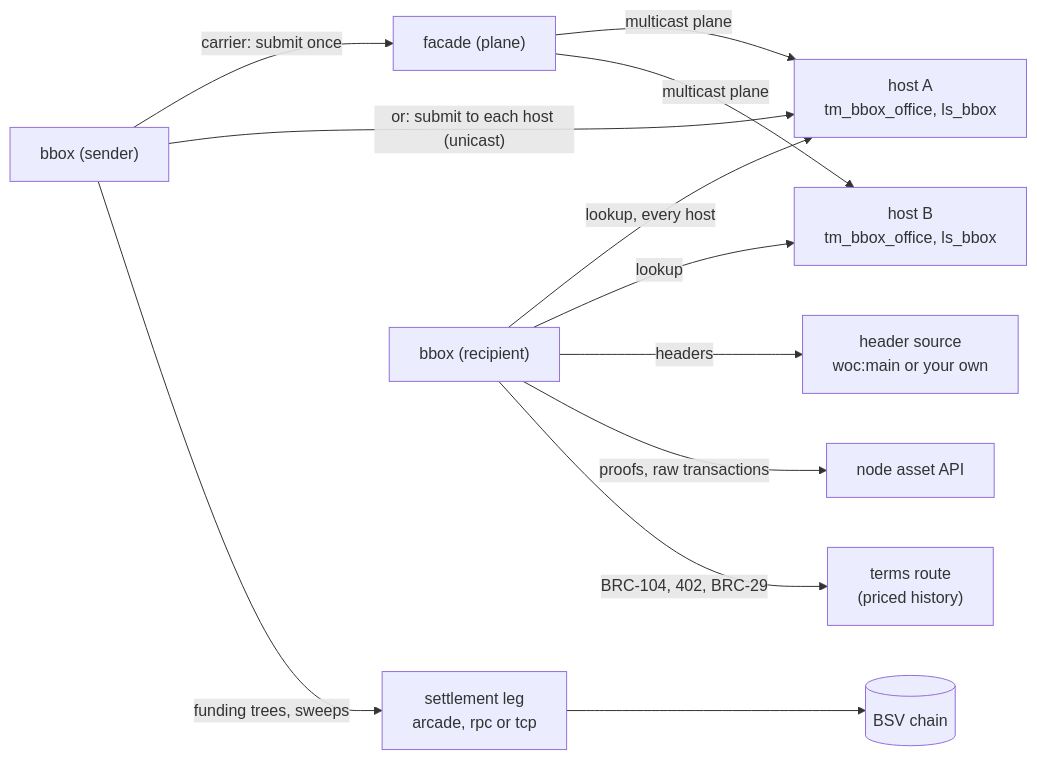
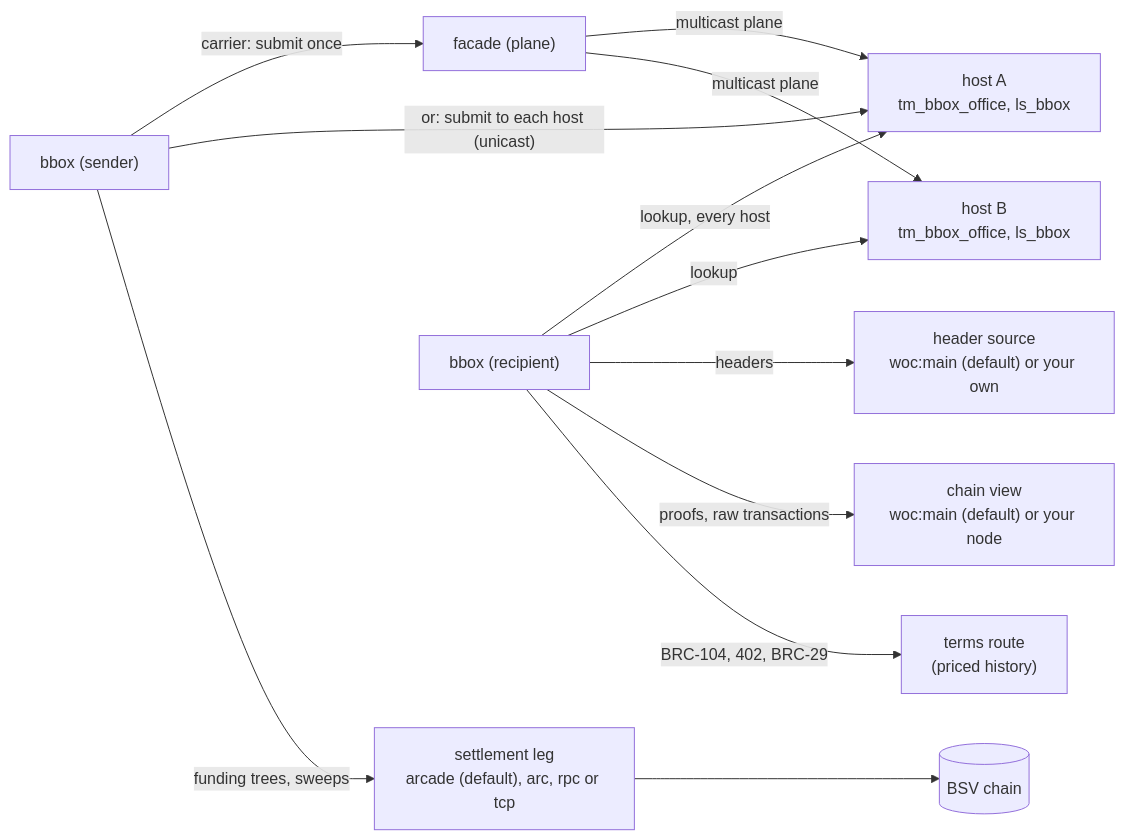
Before and after one commit to lightwebinc/bbox: the diagram in docs/architecture.md, drawn with Mermaid. The commit also changed other lines of this file and 8 other files, not shown here.

````diff
--- a/docs/architecture.md
+++ b/docs/architecture.md
@@ -11,14 +11,14 @@
 ```mermaid
 flowchart LR
   S["bbox (sender)"] -->|"carrier: submit once"| F["facade (plane)"]
   S -->|"or: submit to each host (unicast)"| HA
   F -->|"multicast plane"| HA["host A<br/>tm_bbox_office, ls_bbox"]
   F -->|"multicast plane"| HB["host B<br/>tm_bbox_office, ls_bbox"]
-  S -->|"funding trees, sweeps"| L["settlement leg<br/>arcade, rpc or tcp"]
+  S -->|"funding trees, sweeps"| L["settlement leg<br/>arcade (default), arc, rpc or tcp"]
   L --> C[("BSV chain")]
   R["bbox (recipient)"] -->|"lookup, every host"| HA
   R -->|lookup| HB
-  R -->|"headers"| H["header source<br/>woc:main or your own"]
-  R -->|"proofs, raw transactions"| N["node asset API"]
+  R -->|"headers"| H["header source<br/>woc:main (default) or your own"]
+  R -->|"proofs, raw transactions"| N["chain view<br/>woc:main (default) or your node"]
   R -->|"BRC-104, 402, BRC-29"| T["terms route<br/>(priced history)"]
 ```
````
